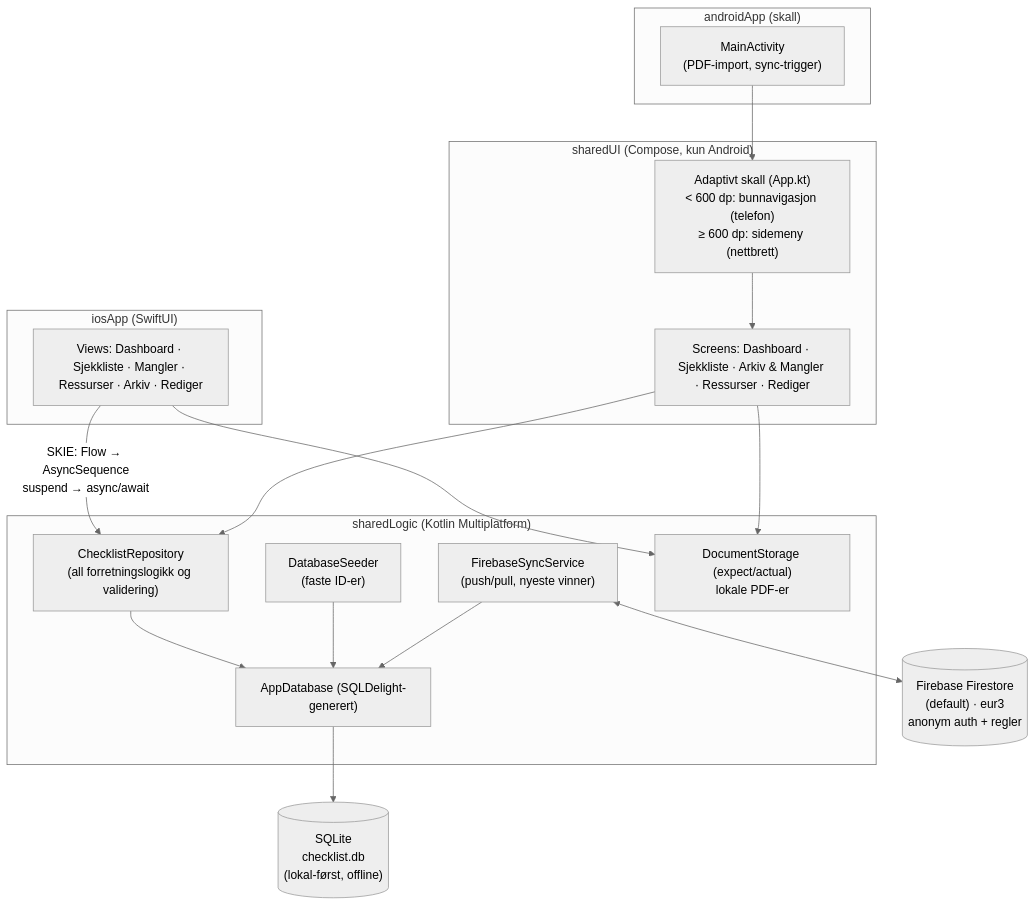
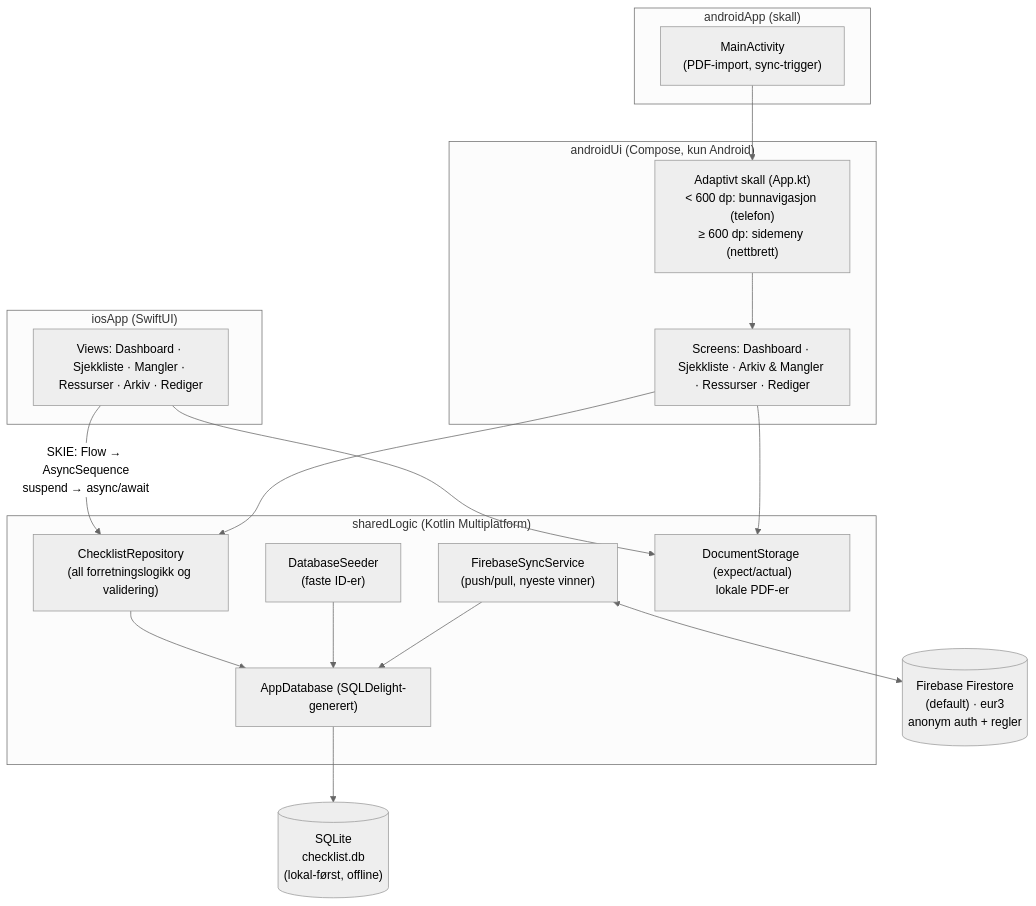
Before and after one commit to Vegardmykle/RedCross-Ambulance: the diagram in diagrams/architecture.md, drawn with Mermaid (neutral theme). The commit also changed 17 other files, not shown here.

First line of the commit message:
Døp om sharedUI til androidUi

````diff
--- a/diagrams/architecture.md
+++ b/diagrams/architecture.md
@@ -3,38 +3,38 @@
 ```mermaid
 flowchart TB
     subgraph iOS["iosApp (SwiftUI)"]
         iosViews["Views: Dashboard · Sjekkliste · Mangler · Ressurser · Arkiv · Rediger"]
     end
 
     subgraph Android["androidApp (skall)"]
         activity["MainActivity\n(PDF-import, sync-trigger)"]
     end
 
-    subgraph SharedUI["sharedUI (Compose, kun Android)"]
+    subgraph AndroidUi["androidUi (Compose, kun Android)"]
         composeScreens["Screens: Dashboard · Sjekkliste · Arkiv & Mangler · Ressurser · Rediger"]
         shells["Adaptivt skall (App.kt)\n< 600 dp: bunnavigasjon (telefon)\n≥ 600 dp: sidemeny (nettbrett)"]
         shells --> composeScreens
     end
 
     subgraph SharedLogic["sharedLogic (Kotlin Multiplatform)"]
         repo["ChecklistRepository\n(all forretningslogikk og validering)"]
         seeder["DatabaseSeeder\n(faste ID-er)"]
         firebaseSync["FirebaseSyncService\n(push/pull, nyeste vinner)"]
         storage["DocumentStorage (expect/actual)\nlokale PDF-er"]
         dbGen["AppDatabase (SQLDelight-generert)"]
     end
 
     sqlite[("SQLite\nchecklist.db\n(lokal-først, offline)")]
     firestore[("Firebase Firestore\n(default) · eur3\nanonym auth + regler")]
 
     iosViews -- "SKIE: Flow → AsyncSequence\nsuspend → async/await" --> repo
     activity --> shells
     composeScreens --> repo
     repo --> dbGen
     seeder --> dbGen
     firebaseSync --> dbGen
     firebaseSync <--> firestore
     dbGen --> sqlite
     iosViews --> storage
     composeScreens --> storage
 ```
````
